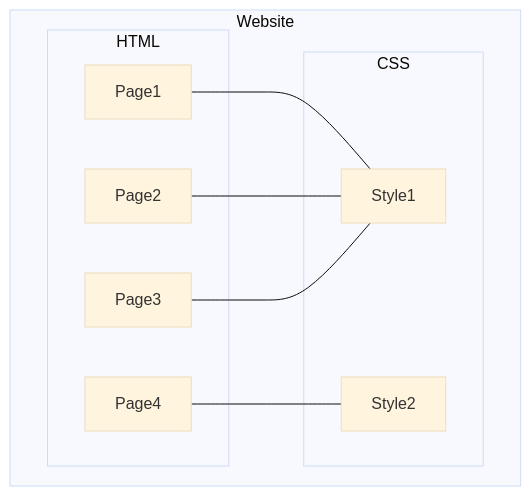
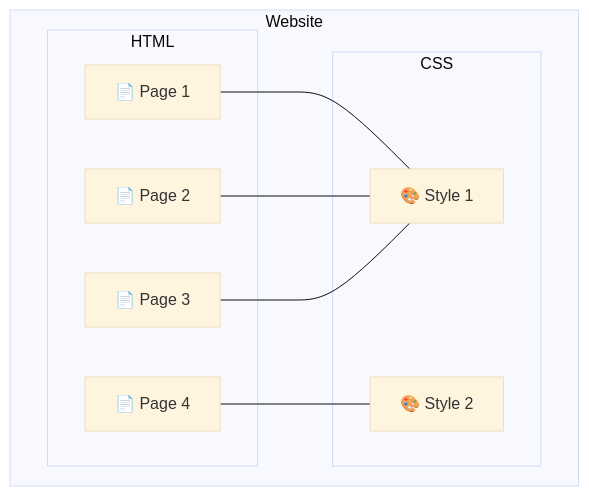
One commit to cesarsotovalero/cesarsotovalero.github.io changed the seventh of 10 diagrams in _posts/2024/2024-04-27-the-evolution-of-the-web-from-html-to-webassembly.md. Above: the diagram before and after it, drawn with Mermaid. The commit also changed other lines of this file and 1 other file, not shown here.

Commit message:
Update post

````diff
--- a/_posts/2024/2024-04-27-the-evolution-of-the-web-from-html-to-webassembly.md
+++ b/_posts/2024/2024-04-27-the-evolution-of-the-web-from-html-to-webassembly.md
@@ -447,21 +447,21 @@
 ```mermaid
 %%{init: {'theme':'base'}}%%
 flowchart TB  
   subgraph Website
     direction LR 
     subgraph HTML
-        Page1
-        Page2
-        Page3
-        Page4   
+        Page1[📄 Page 1]
+        Page2[📄 Page 2]
+        Page3[📄 Page 3]
+        Page4[📄 Page 4]
     end
     subgraph CSS
-        Style1
-        Style2
+        Style1[🎨 Style 1]
+        Style2[🎨 Style 2]
     end
   end
   Page1 --- Style1
   Page2 --- Style1
   Page3 --- Style1
   Page4 --- Style2
 ```
````
